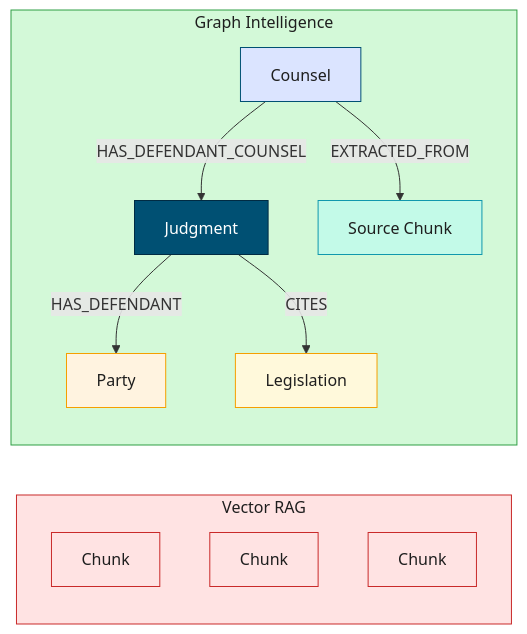
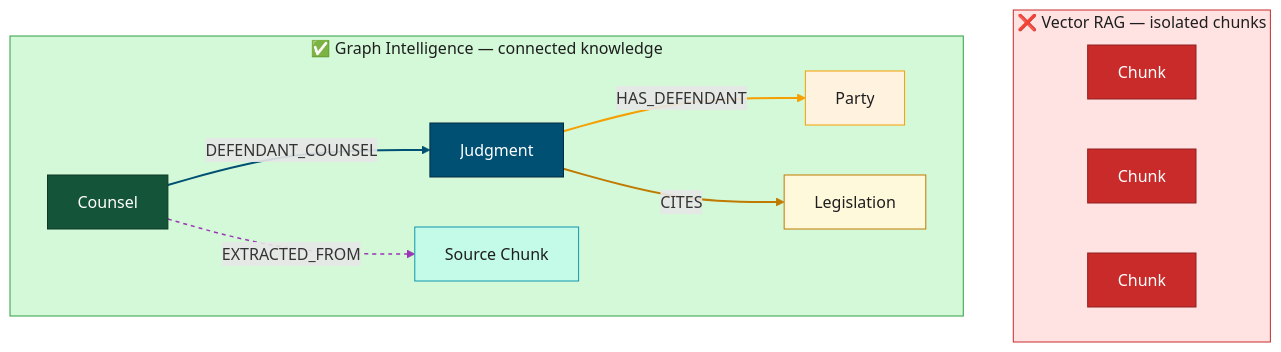
The second of 13 diagrams in outputs/Graph_Intelligence_Technical_DeepDive.md (joy-neo4j/graph-intelligence-agent), drawn with Mermaid before and after one commit. The commit also changed other lines of this file and 1 other file, not shown here.

````diff
--- a/outputs/Graph_Intelligence_Technical_DeepDive.md
+++ b/outputs/Graph_Intelligence_Technical_DeepDive.md
@@ -103,22 +107,27 @@
 ```mermaid
-graph LR
-    subgraph Before["Vector RAG"]
+graph TB
+    subgraph Before["❌  Vector RAG — isolated chunks"]
         B1["Chunk"] & B2["Chunk"] & B3["Chunk"]
     end
-    subgraph After["Graph Intelligence"]
-        Counsel -->|HAS_DEFENDANT_COUNSEL| Judgment
-        Judgment -->|HAS_DEFENDANT| Party
-        Judgment -->|CITES| Legislation
-        Counsel -->|EXTRACTED_FROM| Chunk["Source Chunk"]
+    subgraph After["✅  Graph Intelligence — connected knowledge"]
+        direction LR
+        Counsel -->|"DEFENDANT_COUNSEL"| Judgment
+        Judgment -->|"HAS_DEFENDANT"| Party
+        Judgment -->|"CITES"| Legislation
+        Counsel -. "EXTRACTED_FROM" .-> Chunk["Source Chunk"]
     end
     style Before fill:#ffe3e3,stroke:#c92a2a,color:#1e1e1e
     style After fill:#d3f9d8,stroke:#2f9e44,color:#1e1e1e
-    style B1 fill:#ffe3e3,stroke:#c92a2a,color:#1e1e1e
-    style B2 fill:#ffe3e3,stroke:#c92a2a,color:#1e1e1e
-    style B3 fill:#ffe3e3,stroke:#c92a2a,color:#1e1e1e
-    style Counsel fill:#dbe4ff,stroke:#005073,color:#1e1e1e
+    style B1 fill:#c92a2a,stroke:#922020,color:#fff
+    style B2 fill:#c92a2a,stroke:#922020,color:#fff
+    style B3 fill:#c92a2a,stroke:#922020,color:#fff
+    style Counsel fill:#145439,stroke:#0d3a26,color:#fff
     style Judgment fill:#005073,stroke:#002B43,color:#fff
     style Party fill:#fff3e0,stroke:#f59f00,color:#1e1e1e
-    style Legislation fill:#fff9db,stroke:#f59f00,color:#1e1e1e
+    style Legislation fill:#fff9db,stroke:#c07a00,color:#1e1e1e
     style Chunk fill:#c3fae8,stroke:#1098ad,color:#1e1e1e
+    linkStyle 0 stroke:#005073,stroke-width:2px
+    linkStyle 1 stroke:#f59f00,stroke-width:2px
+    linkStyle 2 stroke:#c07a00,stroke-width:2px
+    linkStyle 3 stroke:#9c36b5,stroke-width:1.5px,stroke-dasharray:4
 ```
````
